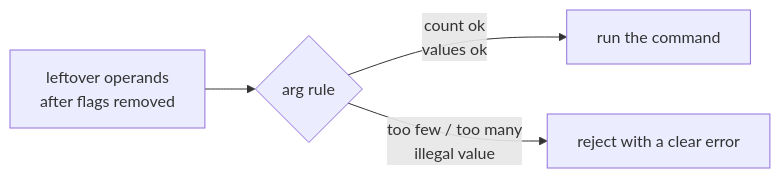
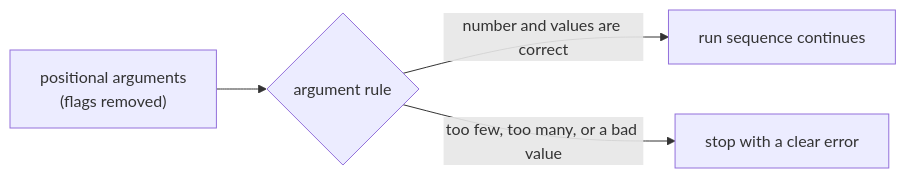
Before and after one commit to KeunwooPark/cluedoc: the first of 4 diagrams in docs/examples/cobra/.cluedoc/argument-validation/README.md, drawn with Mermaid. The commit also changed other lines of this file and 22 other files, not shown here.

````diff
--- a/docs/examples/cobra/.cluedoc/argument-validation/README.md
+++ b/docs/examples/cobra/.cluedoc/argument-validation/README.md
@@ -9,9 +9,7 @@
 ```mermaid
 flowchart LR
-    IN["leftover operands
-    after flags removed"] --> RULE{arg rule}
-    RULE -->|count ok
-    values ok| PASS["run the command"]
-    RULE -->|too few / too many
-    illegal value| FAIL["reject with a clear error"]
+    IN["positional arguments
+    (flags removed)"] --> RULE{"argument rule"}
+    RULE -->|"number and values are correct"| PASS["run sequence continues"]
+    RULE -->|"too few, too many, or a bad value"| FAIL["stop with a clear error"]
 ```
````
